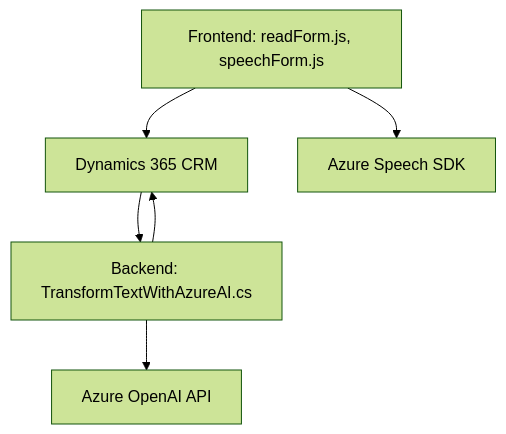
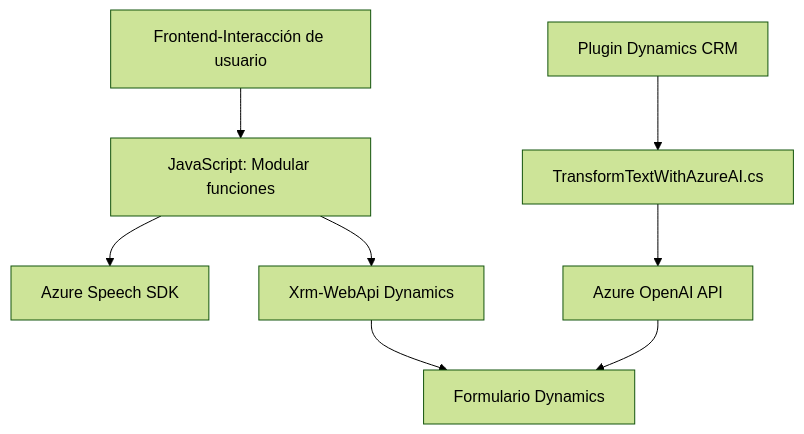
Before and after one commit to blopezdm/NETCORE_BILBAO2025: the diagram in README.md, drawn with Mermaid (forest theme). The commit also changed other lines of this file, not shown here.

````diff
--- a/README.md
+++ b/README.md
@@ -35,14 +46,19 @@
 ```mermaid
 graph TD
-    A["Frontend: readForm.js, speechForm.js"]
-    B["Backend: TransformTextWithAzureAI.cs"]
-    C["Dynamics 365 CRM"]
-    D["Azure Speech SDK"]
-    E["Azure OpenAI API"]
+    A["Frontend-Interacción de usuario"]
+    B["JavaScript: Modular funciones"]
+    C["Azure Speech SDK"]
+    D["Xrm-WebApi Dynamics"]
+    E["Plugin Dynamics CRM"]
+    F["TransformTextWithAzureAI.cs"]
+    G["Azure OpenAI API"]
+    H["Formulario Dynamics"]
 
-    A --> D
-    A --> C
+    A --> B
     B --> C
-    C --> B
-    B --> E
+    B --> D
+    D --> H
+    E --> F
+    F --> G
+    G --> H
 ```
````
